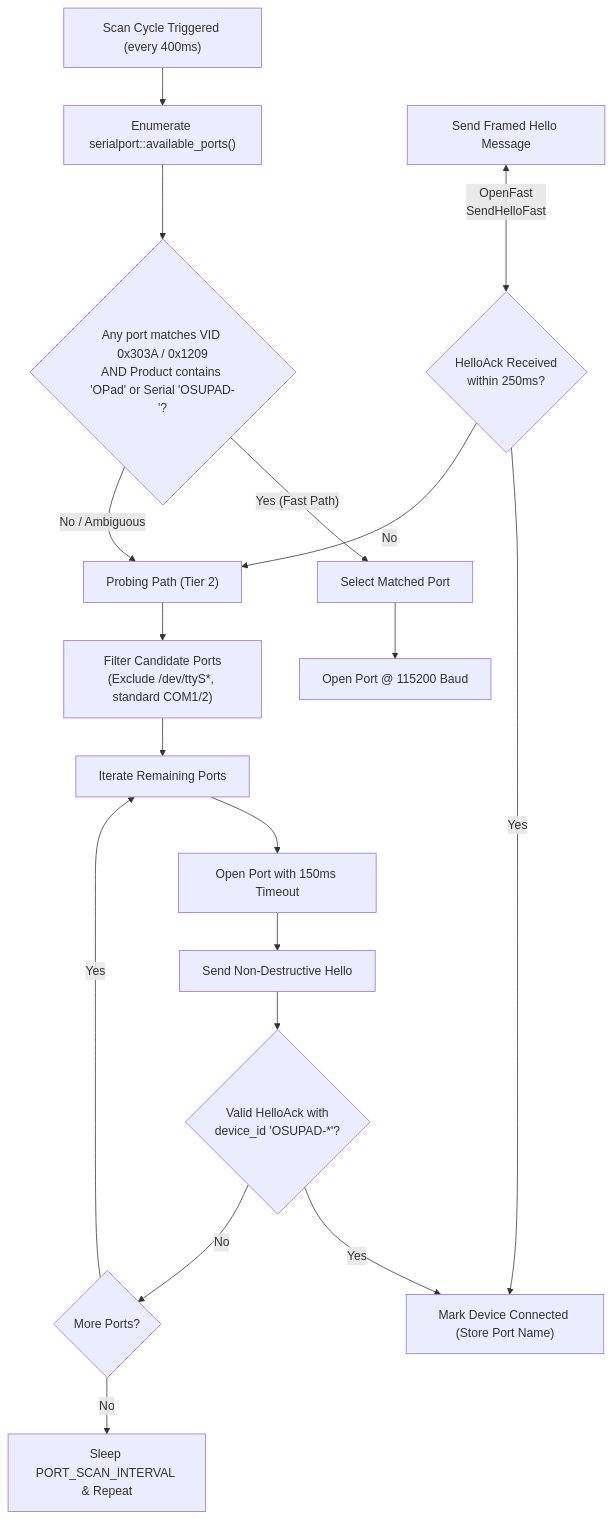
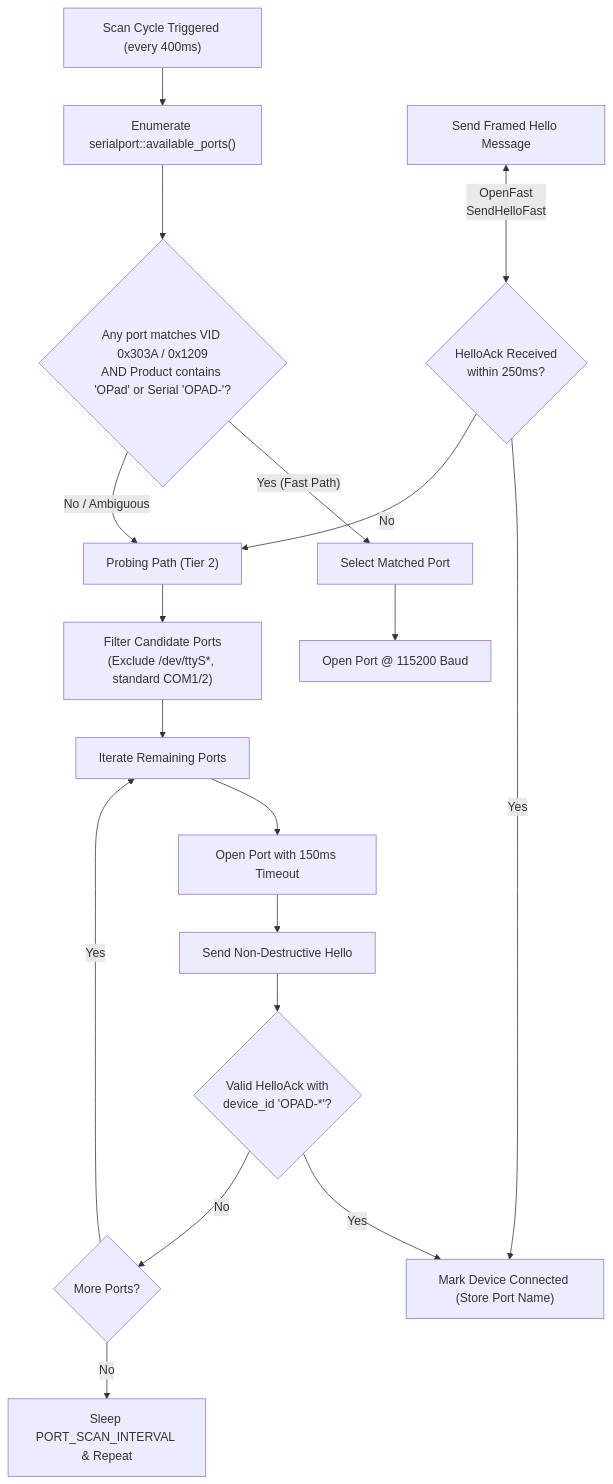
Before and after one commit to OPad-dev/OPad: the first of 2 diagrams in docs/full-repo-architecture-and-readiness-guide.md, drawn with Mermaid. The commit also changed other lines of this file and 270 other files, not shown here.

````diff
--- a/docs/full-repo-architecture-and-readiness-guide.md
+++ b/docs/full-repo-architecture-and-readiness-guide.md
@@ -153,23 +153,23 @@
 ```mermaid
 flowchart TD
     Start["Scan Cycle Triggered (every 400ms)"] --> Ports["Enumerate serialport::available_ports()"]
-    Ports --> MatchVID{"Any port matches VID 0x303A / 0x1209<br/>AND Product contains 'OPad' or Serial 'OSUPAD-'?"}
+    Ports --> MatchVID{"Any port matches VID 0x303A / 0x1209<br/>AND Product contains 'OPad' or Serial 'OPAD-'?"}
     
     MatchVID -- "Yes (Fast Path)" --> FastCandidate["Select Matched Port"]
     FastCandidate --> OpenFast["Open Port @ 115200 Baud"]
     SendHelloFast["Send Framed Hello Message"] <-- OpenFast
     SendHelloFast --> AckFast{"HelloAck Received<br/>within 250ms?"}
     AckFast -- Yes --> Connected["Mark Device Connected (Store Port Name)"]
     AckFast -- No --> SlowPath
     
     MatchVID -- "No / Ambiguous" --> SlowPath["Probing Path (Tier 2)"]
     SlowPath --> Filter["Filter Candidate Ports<br/>(Exclude /dev/ttyS*, standard COM1/2)"]
     Filter --> LoopPort["Iterate Remaining Ports"]
     LoopPort --> ProbeOpen["Open Port with 150ms Timeout"]
     ProbeOpen --> ProbeHello["Send Non-Destructive Hello"]
-    ProbeHello --> ProbeAck{"Valid HelloAck with<br/>device_id 'OSUPAD-*'?"}
+    ProbeHello --> ProbeAck{"Valid HelloAck with<br/>device_id 'OPAD-*'?"}
     ProbeAck -- Yes --> Connected
     ProbeAck -- No --> NextPort{"More Ports?"}
     NextPort -- Yes --> LoopPort
     NextPort -- No --> Wait["Sleep PORT_SCAN_INTERVAL & Repeat"]
 ```
````
